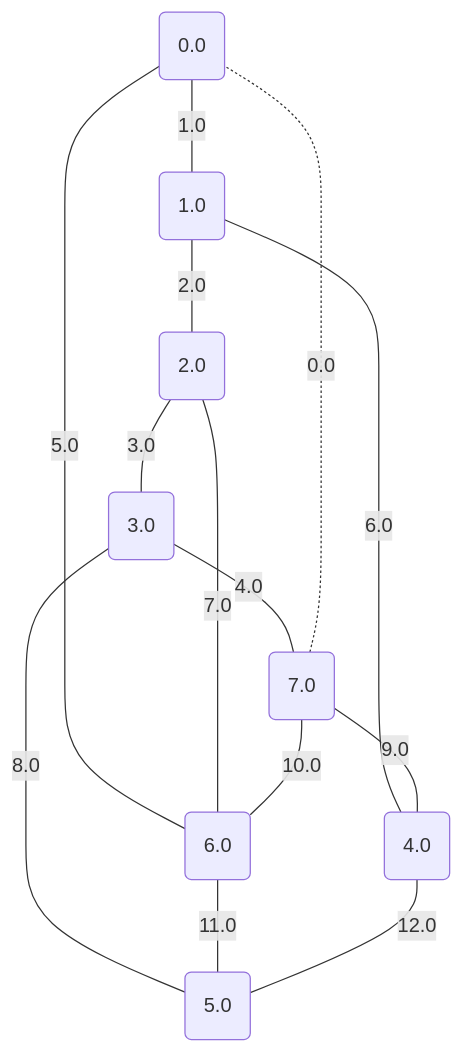
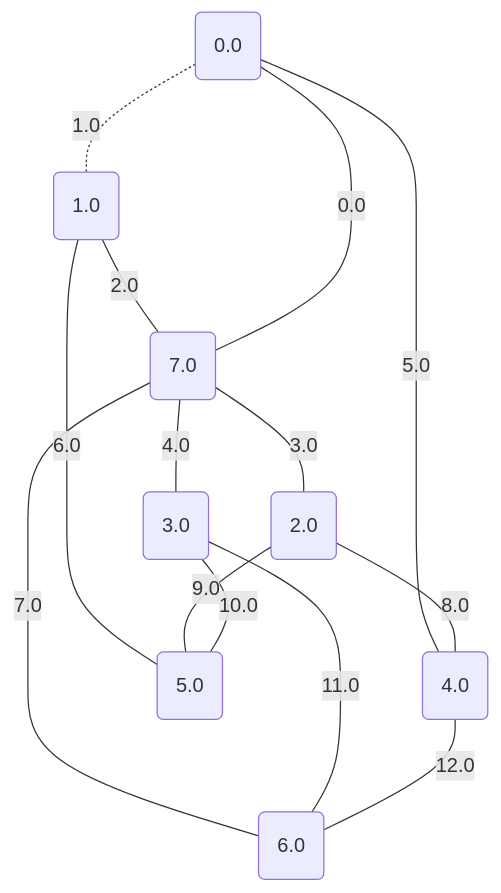
One commit to metury/graphs changed the sixth of 17 diagrams in project/src/testing/minCutPetersen.md. Above: the diagram before and after it, drawn with Mermaid. The commit also changed other lines of this file and 2 other files, not shown here.

````diff
--- a/project/src/testing/minCutPetersen.md
+++ b/project/src/testing/minCutPetersen.md
@@ -164,24 +164,24 @@
 ```mermaid
 graph TD;
 0("0.0");
 1("1.0");
 2("2.0");
 3("3.0");
 4("4.0");
 5("5.0");
 6("6.0");
 7("7.0");
-	7 -. "0.0" -.- 0;
-	0 -- "1.0" --- 1;
-	1 -- "2.0" --- 2;
-	2 -- "3.0" --- 3;
-	3 -- "4.0" --- 7;
-	0 -- "5.0" --- 6;
-	1 -- "6.0" --- 4;
-	2 -- "7.0" --- 6;
-	3 -- "8.0" --- 5;
-	7 -- "9.0" --- 4;
-	7 -- "10.0" --- 6;
-	6 -- "11.0" --- 5;
-	4 -- "12.0" --- 5;
+	7 -- "0.0" --- 0;
+	0 -. "1.0" -.- 1;
+	1 -- "2.0" --- 7;
+	7 -- "3.0" --- 2;
+	7 -- "4.0" --- 3;
+	0 -- "5.0" --- 4;
+	1 -- "6.0" --- 5;
+	7 -- "7.0" --- 6;
+	2 -- "8.0" --- 4;
+	2 -- "9.0" --- 5;
+	3 -- "10.0" --- 5;
+	3 -- "11.0" --- 6;
+	4 -- "12.0" --- 6;
 ```
````
